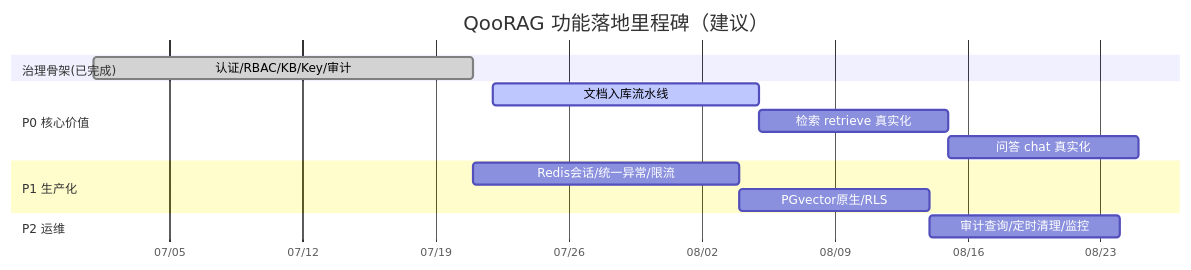
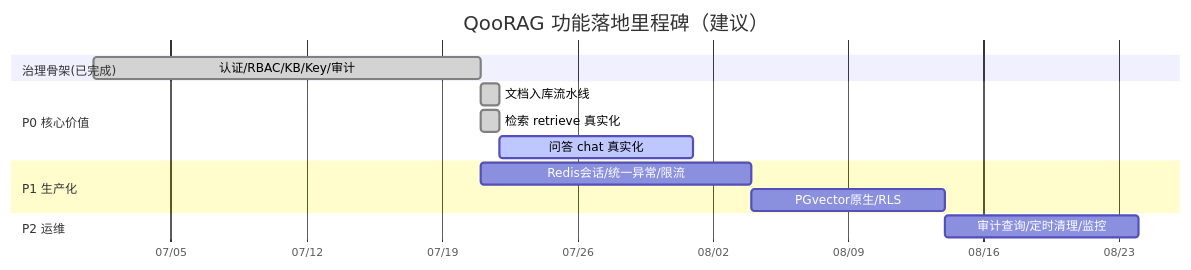
The second of 2 diagrams in .docs/06_功能清单进度文档.md (qoobots/qoorag), drawn with Mermaid before and after one commit. The commit also changed other lines of this file and 6 other files, not shown here.

````diff
--- a/.docs/06_功能清单进度文档.md
+++ b/.docs/06_功能清单进度文档.md
@@ -176,17 +176,17 @@
 ```mermaid
 gantt
     title QooRAG 功能落地里程碑（建议）
     dateFormat YYYY-MM-DD
     axisFormat %m/%d
     section 治理骨架(已完成)
     认证/RBAC/KB/Key/审计 :done, m1, 2026-07-01, 2026-07-21
     section P0 核心价值
-    文档入库流水线        :active, m2, 2026-07-22, 14d
-    检索 retrieve 真实化   :m3, after m2, 10d
-    问答 chat 真实化       :m4, after m3, 10d
+    文档入库流水线        :done, m2, 2026-07-21, 1d
+    检索 retrieve 真实化   :done, m3, 2026-07-21, 1d
+    问答 chat 真实化       :active, m4, after m3, 10d
     section P1 生产化
     Redis会话/统一异常/限流 :m5, after m1, 14d
     PGvector原生/RLS       :m6, after m5, 10d
     section P2 运维
     审计查询/定时清理/监控  :m7, after m6, 10d
 ```
````
